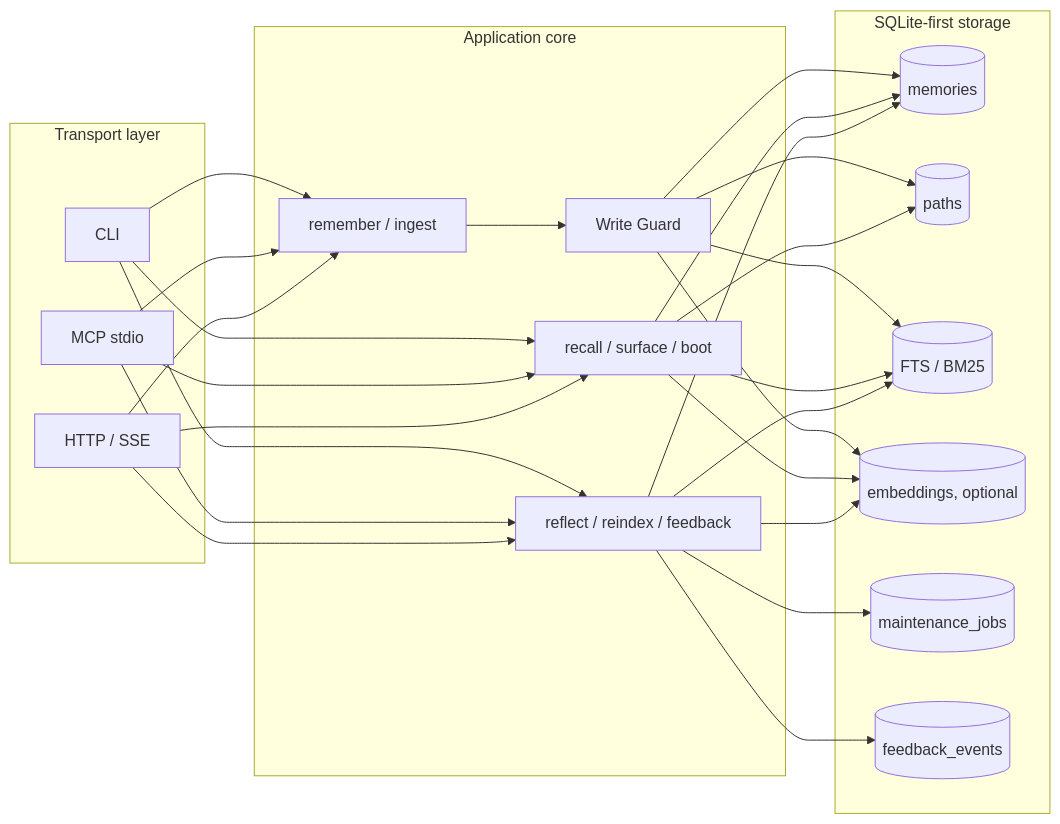
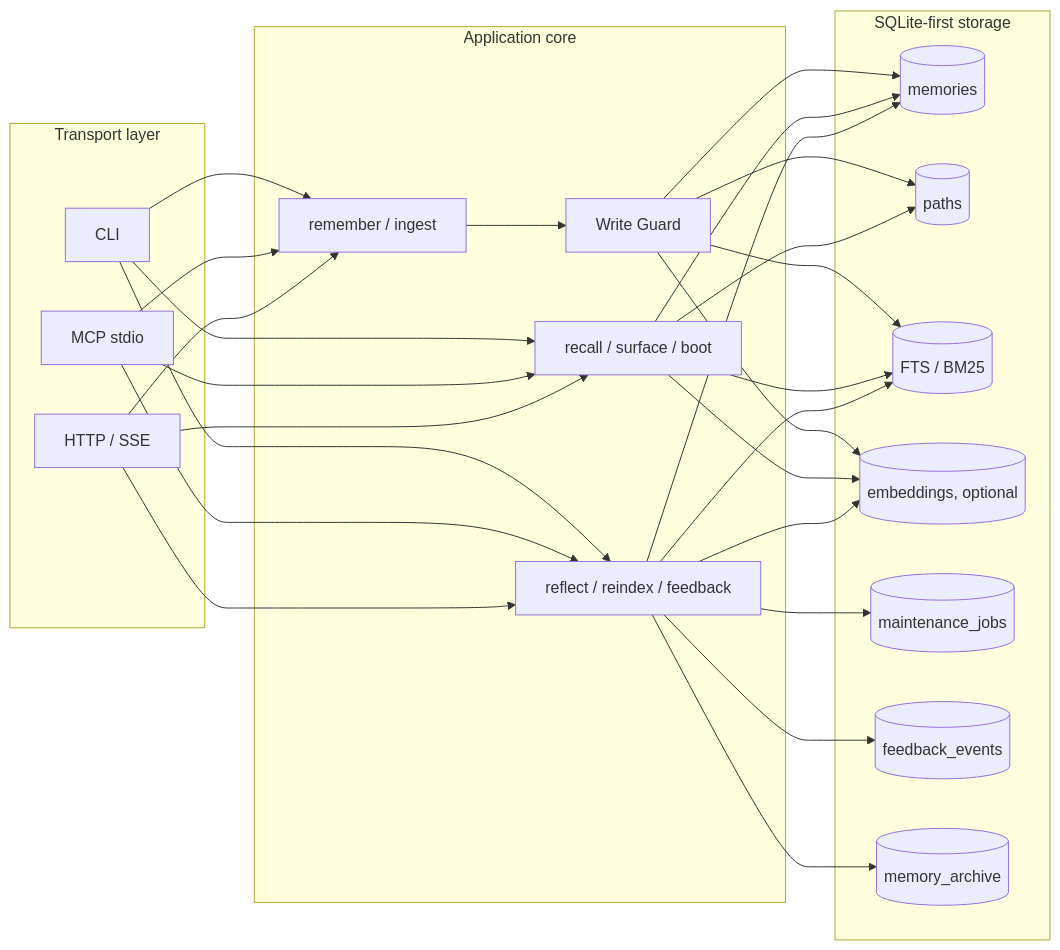
The first of 4 diagrams in docs/architecture.md (smysle/agent-memory), drawn with Mermaid before and after one commit. The commit also changed other lines of this file and 4 other files, not shown here.

````diff
--- a/docs/architecture.md
+++ b/docs/architecture.md
@@ -19,51 +19,53 @@
 ```mermaid
 flowchart LR
     subgraph Transport[Transport layer]
         CLI[CLI]
         MCP[MCP stdio]
         HTTP[HTTP / SSE]
     end
 
     subgraph Core[Application core]
         REM[remember / ingest]
         REC[recall / surface / boot]
         LIFE[reflect / reindex / feedback]
         GUARD[Write Guard]
     end
 
     subgraph Store[SQLite-first storage]
         MEM[(memories)]
         PATH[(paths)]
         FTS[(FTS / BM25)]
         EMB[(embeddings, optional)]
         JOB[(maintenance_jobs)]
         FB[(feedback_events)]
+        ARC[(memory_archive)]
     end
 
     CLI --> REM
     CLI --> REC
     CLI --> LIFE
     MCP --> REM
     MCP --> REC
     MCP --> LIFE
     HTTP --> REM
     HTTP --> REC
     HTTP --> LIFE
 
     REM --> GUARD
     GUARD --> MEM
     GUARD --> PATH
     GUARD --> FTS
     GUARD --> EMB
 
     REC --> MEM
     REC --> PATH
     REC --> FTS
     REC --> EMB
 
     LIFE --> MEM
     LIFE --> FTS
     LIFE --> EMB
     LIFE --> JOB
     LIFE --> FB
+    LIFE --> ARC
 ```
````
